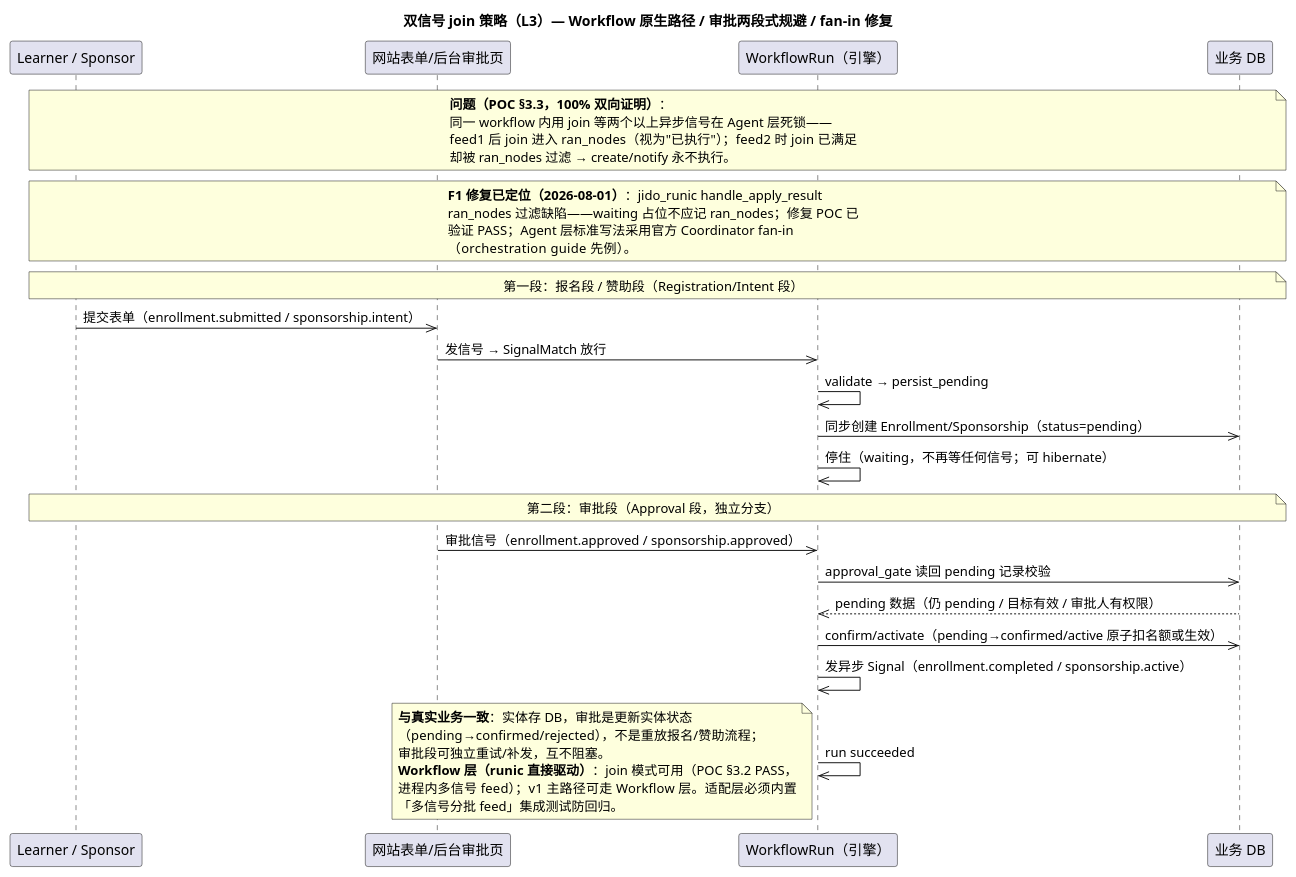
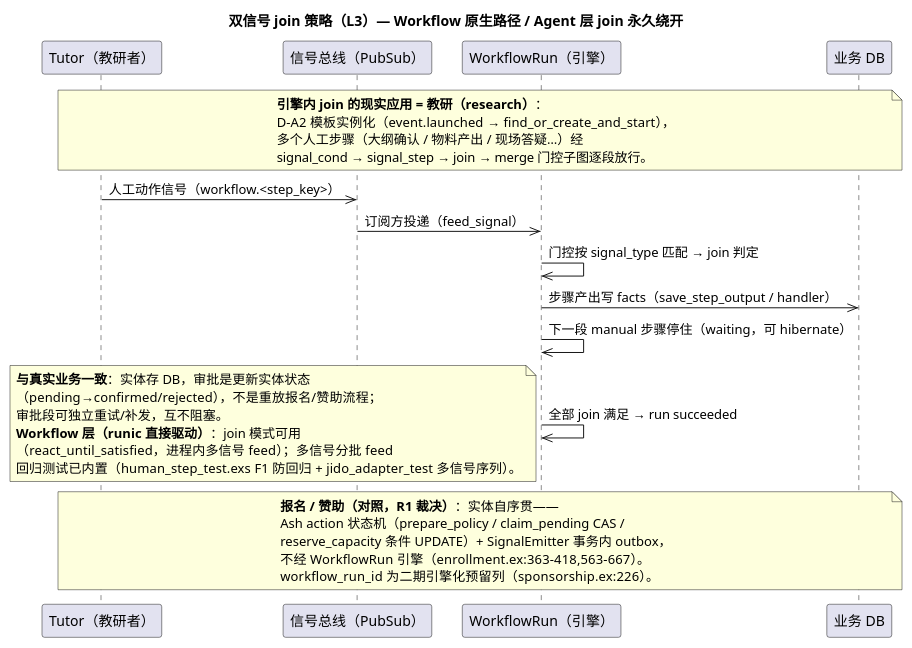
Before and after one commit to CodingGirlsClub/cgc_2046: the diagram in docs/diagrams/signal-join-strategies.puml, drawn with PlantUML. The commit also changed 31 other files, not shown here.

First line of the commit message:
refactor(workflows): 落实漂移裁决 R2/R3 + 图侧全量还账（R1/R4-R7/R9）

```diff
--- a/docs/diagrams/signal-join-strategies.puml
+++ b/docs/diagrams/signal-join-strategies.puml
@@ -1,59 +1,61 @@
 @startuml signal-join-strategies
 ' ============================================================
-' L3 - 双信号 join 策略（Workflow 原生 / 审批两段式规避 / fan-in 修复）
-' 事实来源：docs/04-引擎验证/poc-验证报告.md §3.2/§3.3/§3.4 + 报名设计 §3.2
-' 定性：v1 主路径 = Workflow 层原生 join 能力（runic 直接驱动，
-'   POC §3.2 PASS）；审批两段式仅为 Agent 策略层缺陷（ran_nodes
-'   过滤，POC §3.3）未修复前的临时规避手段；根治方案 = 修复
-'   handle_apply_result ran_nodes 缺陷或采用官方 Coordinator fan-in。
-' 应用：报名 request 策略 / 赞助 workflow（同构）。
+' L3 - 双信号 join 策略（Workflow 层主路径 / Agent 层 join 永久绕开）
+' 事实来源（代码锚点，2026-08-16 对账）：
+'   backend/lib/cgc_2046/workflows/jido_adapter.ex:10-32
+'     （moduledoc：主路径 react_until_satisfied，F1 死锁绕开）
+'   backend/lib/cgc_2046/workflows/run_agent.ex:2-8
+'     （RunAgent 退化为纯 checkpoint 载体，无 Agent 生命周期/策略/信号路由）
+'   backend/test/cgc_2046/workflows/human_step_test.exs:437-440
+'     （「多信号分批 feed（F1 死锁回归防护）」describe）
+'   backend/test/cgc_2046/workflows/jido_adapter_test.exs:305-317
+'     （多信号序列）
+' 定性：v1 主路径 = Workflow 层原生 join（react_until_satisfied；
+'   manual 步骤编译为 signal_cond → signal_step → join → merge 门控子图）；
+'   产品决策 = 永久绕开 Agent 策略层 join，F1 缺陷不再修复。
+' 应用：教研 workflow（多人工信号顺序 join，run 内门控放行）。
+'   注：报名/赞助已裁为实体自序贯（R1，2026-08-16）——Ash 状态机 +
+'   信号 outbox，不经 WorkflowRun 引擎；对照见下方注记。
 ' ============================================================
-title 双信号 join 策略（L3）— Workflow 原生路径 / 审批两段式规避 / fan-in 修复
+title 双信号 join 策略（L3）— Workflow 原生路径 / Agent 层 join 永久绕开
 skinparam backgroundColor white
 
 ' ---------------- 问题：Agent 层 join 死锁 ----------------
-' ---------------- 规避方案：审批两段式时序 ----------------
-    participant "Learner / Sponsor" as L
-    participant "网站表单/后台审批页" as W
+' ---------------- 应用形态：教研 run 多人工信号顺序 join ----------------
+    participant "Tutor（教研者）" as T
+    participant "信号总线（PubSub）" as BUS
     participant "WorkflowRun（引擎）" as R
     participant "业务 DB" as DB
 
-note over L,DB
-  **问题（POC §3.3，100% 双向证明）**：
-  同一 workflow 内用 join 等两个以上异步信号在 Agent 层死锁——
-  feed1 后 join 进入 ran_nodes（视为"已执行"）；feed2 时 join 已满足
-  却被 ran_nodes 过滤 → create/notify 永不执行。
+    note over T,DB
+  **引擎内 join 的现实应用 = 教研（research）**：
+  D-A2 模板实例化（event.launched → find_or_create_and_start），
+  多个人工步骤（大纲确认 / 物料产出 / 现场答疑…）经
+  signal_cond → signal_step → join → merge 门控子图逐段放行。
 end note
 
-note over L,DB
-  **F1 修复已定位（2026-08-01）**：jido_runic handle_apply_result
-  ran_nodes 过滤缺陷——waiting 占位不应记 ran_nodes；修复 POC 已
-  验证 PASS；Agent 层标准写法采用官方 Coordinator fan-in
-  （orchestration guide 先例）。
+    T->>BUS: 人工动作信号（workflow.<step_key>）
+    BUS->>R: 订阅方投递（feed_signal）
+    R->>R: 门控按 signal_type 匹配 → join 判定
+    R->>DB: 步骤产出写 facts（save_step_output / handler）
+    R->>R: 下一段 manual 步骤停住（waiting，可 hibernate）
+    R->>R: 全部 join 满足 → run succeeded
+
+    note over T,DB
+  **报名 / 赞助（对照，R1 裁决）**：实体自序贯——
+  Ash action 状态机（prepare_policy / claim_pending CAS /
+  reserve_capacity 条件 UPDATE）+ SignalEmitter 事务内 outbox，
+  不经 WorkflowRun 引擎（enrollment.ex:363-418,563-667）。
+  workflow_run_id 为二期引擎化预留列（sponsorship.ex:226）。
 end note
-
-    Note over L,DB: 第一段：报名段 / 赞助段（Registration/Intent 段）
-    L->>W: 提交表单（enrollment.submitted / sponsorship.intent）
-    W->>R: 发信号 → SignalMatch 放行
-    R->>R: validate → persist_pending
-    R->>DB: 同步创建 Enrollment/Sponsorship（status=pending）
-    R->>R: 停住（waiting，不再等任何信号；可 hibernate）
-
-    Note over L,DB: 第二段：审批段（Approval 段，独立分支）
-    W->>R: 审批信号（enrollment.approved / sponsorship.approved）
-    R->>DB: approval_gate 读回 pending 记录校验
-    DB-->>R: pending 数据（仍 pending / 目标有效 / 审批人有权限）
-    R->>DB: confirm/activate（pending→confirmed/active 原子扣名额或生效）
-    R->>R: 发异步 Signal（enrollment.completed / sponsorship.active）
-    R->>R: run succeeded
 
 note bottom
   **与真实业务一致**：实体存 DB，审批是更新实体状态
   （pending→confirmed/rejected），不是重放报名/赞助流程；
   审批段可独立重试/补发，互不阻塞。
-  **Workflow 层（runic 直接驱动）**：join 模式可用（POC §3.2 PASS，
-  进程内多信号 feed）；v1 主路径可走 Workflow 层。适配层必须内置
-  「多信号分批 feed」集成测试防回归。
+  **Workflow 层（runic 直接驱动）**：join 模式可用
+  （react_until_satisfied，进程内多信号 feed）；多信号分批 feed
+  回归测试已内置（human_step_test.exs F1 防回归 + jido_adapter_test 多信号序列）。
 end note
 
 @enduml
```
